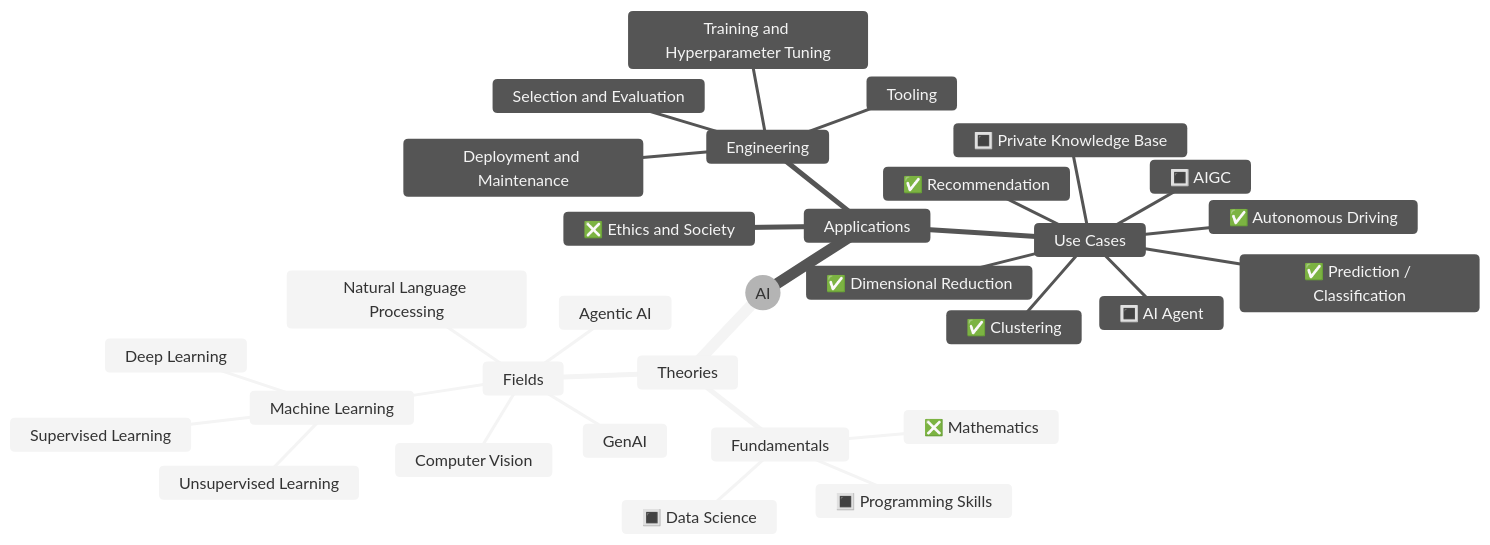
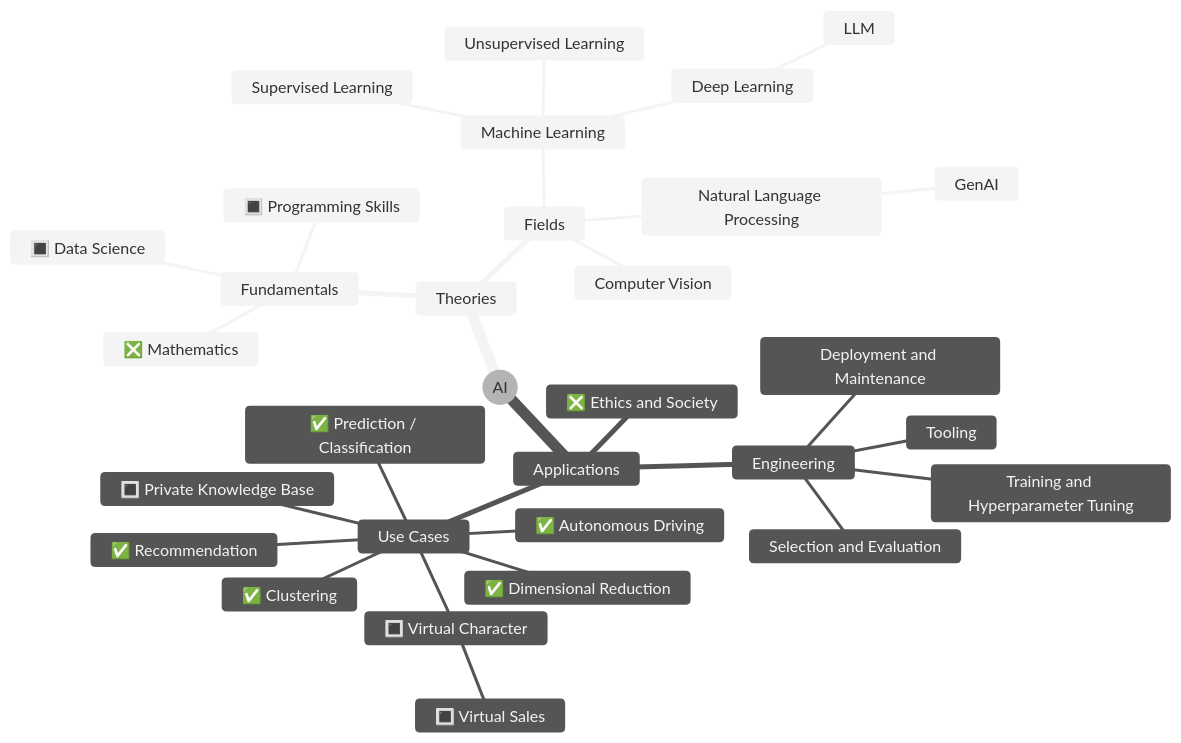
One commit to weirong2/ai-odyssey changed the diagram in README.md. Above: the diagram before and after it, drawn with Mermaid (neutral theme). The commit also changed 2 other files, not shown here.

Commit message:
update the AI category in README.md

````diff
--- a/README.md
+++ b/README.md
@@ -5,34 +5,34 @@
 ```mermaid
 mindmap
   root((AI))
     Theories
       Fundamentals
         ❎ Mathematics
         🔳 Programming Skills
         🔳 Data Science
       Fields
         Machine Learning
           Supervised Learning
           Unsupervised Learning
           Deep Learning
+            LLM
         Natural Language Processing
+          GenAI
         Computer Vision
-        GenAI
-        Agentic AI
     Applications
       Use Cases
         ✅ Prediction / Classification
         ✅ Clustering
         ✅ Dimensional Reduction
         ✅ Recommendation
         ✅ Autonomous Driving
+        🔳 Virtual Character
+          🔳 Virtual Sales
         🔳 Private Knowledge Base
-        🔳 AIGC
-        🔳 AI Agent
       Engineering
         Tooling
         Selection and Evaluation
         Training and Hyperparameter Tuning
         Deployment and Maintenance
       ❎ Ethics and Society
 ```
````
